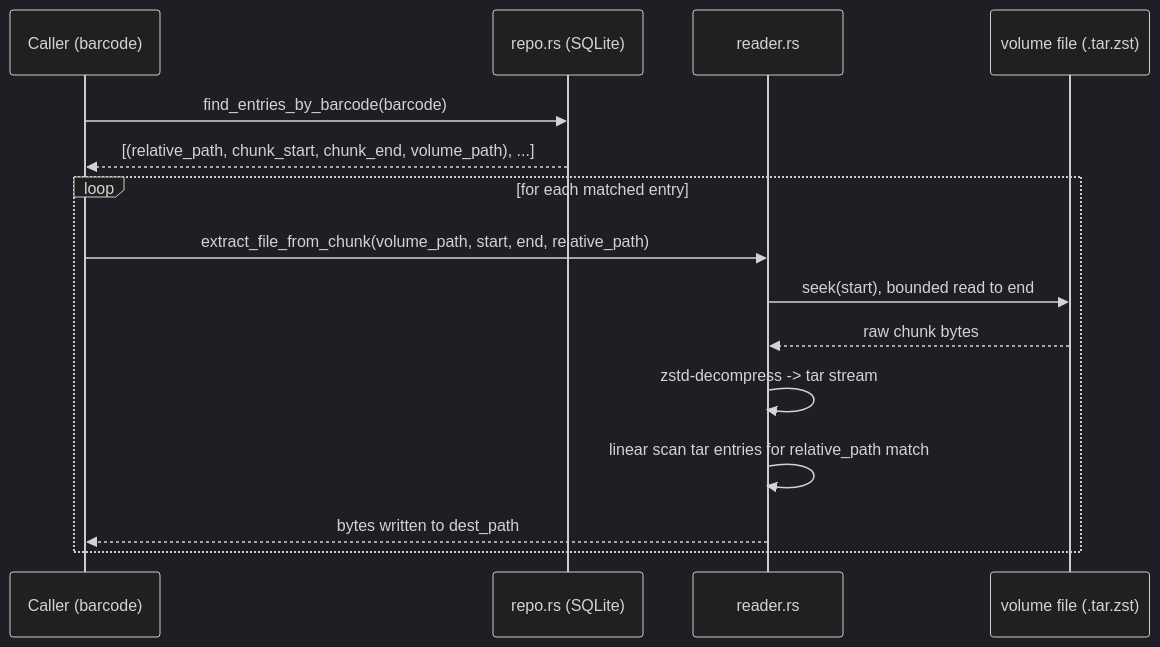
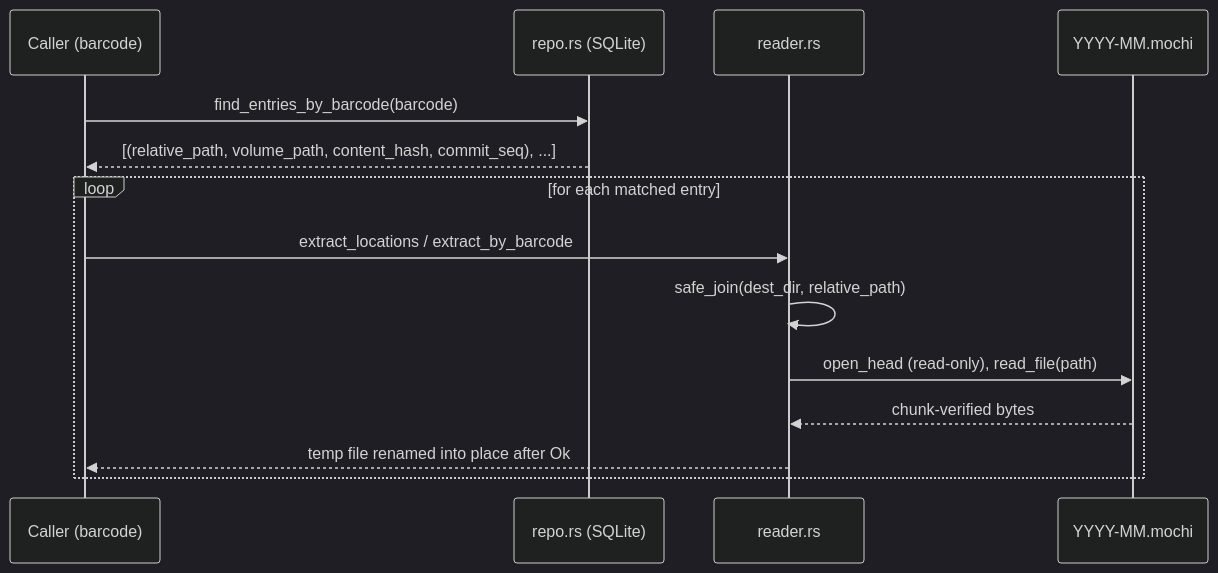
One commit to Sepiolina/Finisar_move_log_files changed the second of 3 diagrams in README.md. Above: the diagram before and after it, drawn with Mermaid (dark theme). The commit also changed other lines of this file and 25 other files, not shown here.

First line of the commit message:
Replace tar.zst chunk storage with MOCHI archives (#1)

````diff
--- a/README.md
+++ b/README.md
@@ -130,18 +190,17 @@
 ```mermaid
 sequenceDiagram
     participant UI as Caller (barcode)
     participant Repo as repo.rs (SQLite)
     participant Reader as reader.rs
-    participant Vol as volume file (.tar.zst)
+    participant Vol as YYYY-MM.mochi
 
     UI->>Repo: find_entries_by_barcode(barcode)
-    Repo-->>UI: [(relative_path, chunk_start, chunk_end, volume_path), ...]
+    Repo-->>UI: [(relative_path, volume_path, content_hash, commit_seq), ...]
     loop for each matched entry
-        UI->>Reader: extract_file_from_chunk(volume_path, start, end, relative_path)
-        Reader->>Vol: seek(start), bounded read to end
-        Vol-->>Reader: raw chunk bytes
-        Reader->>Reader: zstd-decompress -> tar stream
-        Reader->>Reader: linear scan tar entries for relative_path match
-        Reader-->>UI: bytes written to dest_path
+        UI->>Reader: extract_locations / extract_by_barcode
+        Reader->>Reader: safe_join(dest_dir, relative_path)
+        Reader->>Vol: open_head (read-only), read_file(path)
+        Vol-->>Reader: chunk-verified bytes
+        Reader-->>UI: temp file renamed into place after Ok
     end
 ```
````
